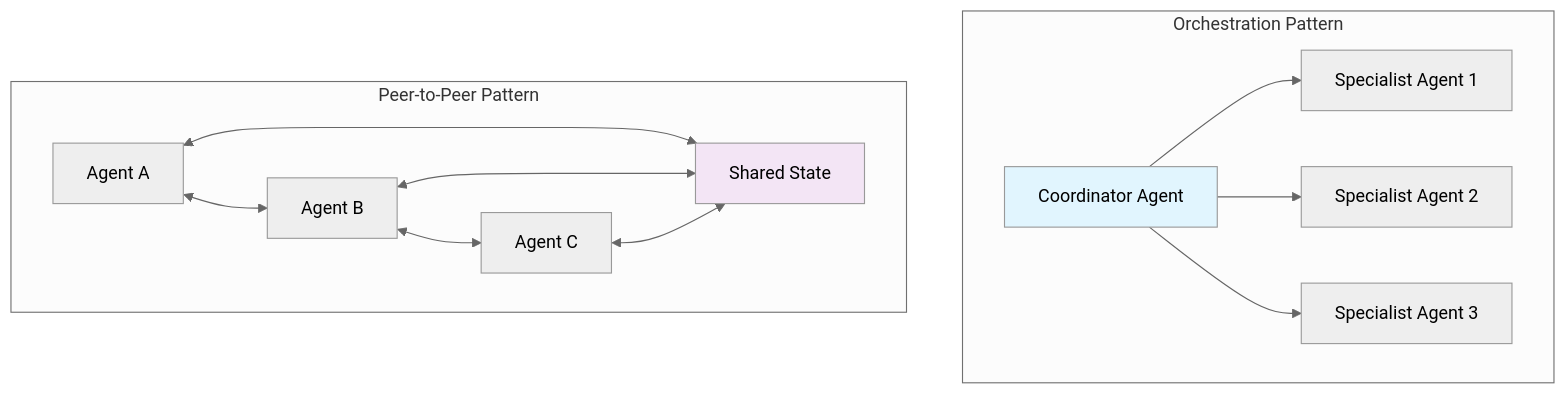
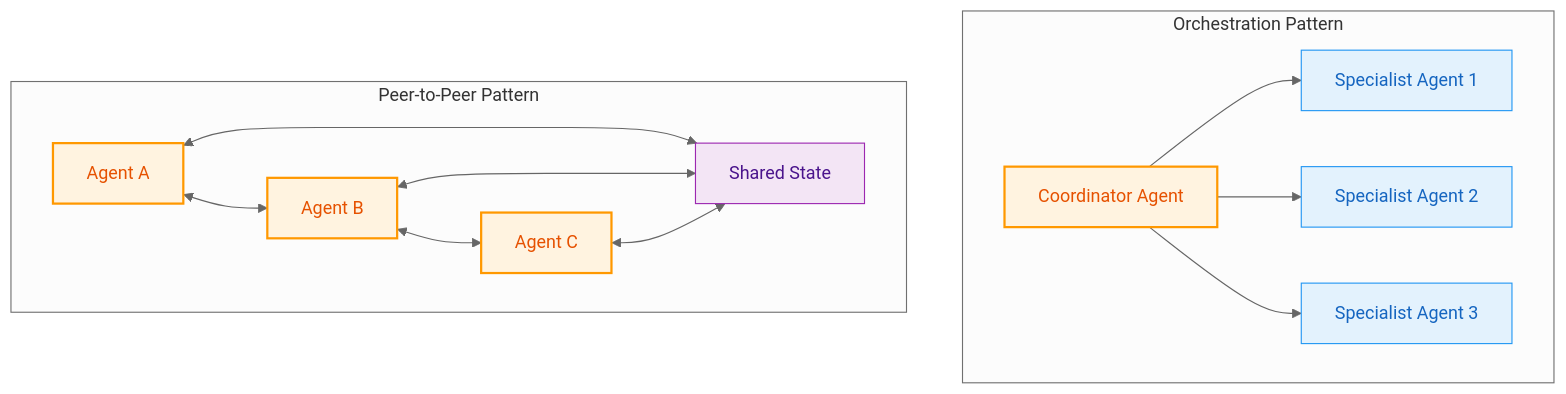
Before and after one commit to jupyter-naas/docs: the first of 2 diagrams in site/docs/scale/architecture/multi-agent-systems.md, drawn with Mermaid (neutral theme). The commit also changed other lines of this file and 4 other files, not shown here.

First line of the commit message:
feat: Implement consistent Mermaid styling across all architecture diagrams

````diff
--- a/site/docs/scale/architecture/multi-agent-systems.md
+++ b/site/docs/scale/architecture/multi-agent-systems.md
@@ -13,29 +13,37 @@
 ```mermaid
 graph TD
     subgraph "Orchestration Pattern"
         COORD[Coordinator Agent]
         WORK1[Specialist Agent 1]
         WORK2[Specialist Agent 2]
         WORK3[Specialist Agent 3]
     end
     
     subgraph "Peer-to-Peer Pattern"
         A[Agent A]
         B[Agent B]
         C[Agent C]
         STATE[Shared State]
     end
     
     COORD --> WORK1
     COORD --> WORK2
     COORD --> WORK3
     
     A <--> STATE
     B <--> STATE
     C <--> STATE
     A <--> B
     B <--> C
     
-    style COORD fill:#e1f5fe
-    style STATE fill:#f3e5f5
+    classDef userExp fill:#e8f5e8,stroke:#4caf50,stroke-width:2px,color:#2e7d32
+    classDef platform fill:#e3f2fd,stroke:#2196f3,stroke-width:1px,color:#1565c0
+    classDef aiEngine fill:#fff3e0,stroke:#ff9800,stroke-width:2px,color:#e65100
+    classDef dataLayer fill:#f3e5f5,stroke:#9c27b0,stroke-width:1px,color:#4a148c
+    classDef infrastructure fill:#fce4ec,stroke:#e91e63,stroke-width:1px,color:#880e4f
+    
+    class COORD aiEngine
+    class WORK1,WORK2,WORK3 platform
+    class A,B,C aiEngine
+    class STATE dataLayer
 ```
````
